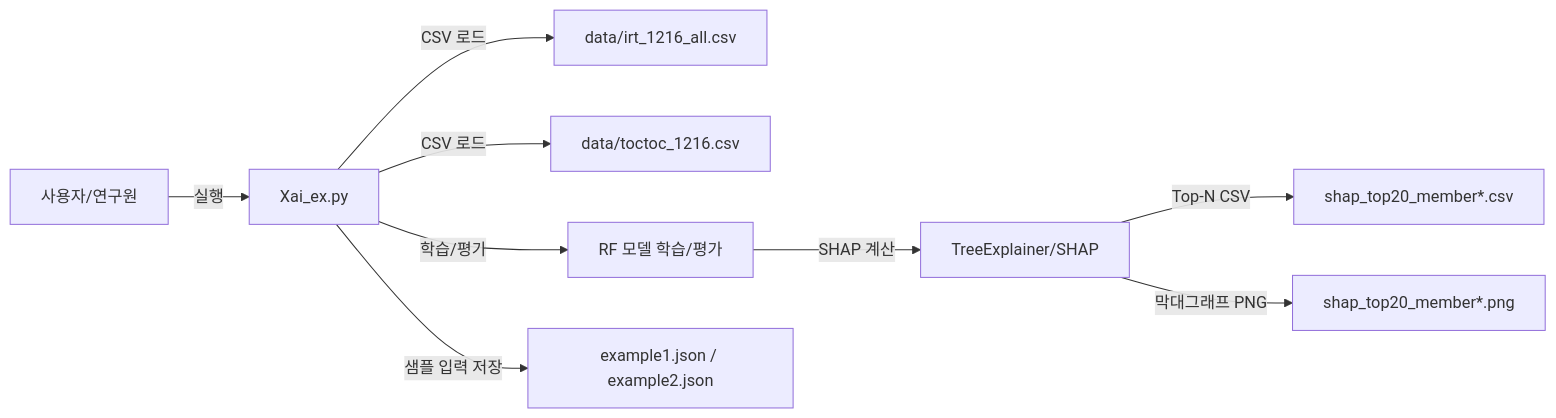
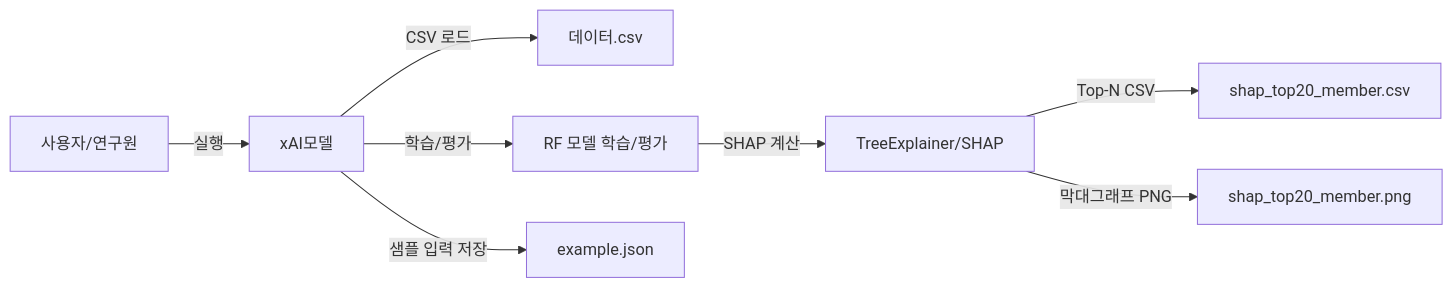
Before and after one commit to blueecho2014/docs: the first of 2 diagrams in 부록-B2_네트워크구성도_요약(mermaid).md, drawn with Mermaid.

````diff
--- a/부록-B2_네트워크구성도_요약(mermaid).md
+++ b/부록-B2_네트워크구성도_요약(mermaid).md
@@ -8,11 +8,10 @@
 ```mermaid
 flowchart LR
-  User[사용자/연구원] -->|실행| Script[Xai_ex.py]
-  Script -->|CSV 로드| Data1[data/irt_1216_all.csv]
-  Script -->|CSV 로드| Data2[data/toctoc_1216.csv]
+  User[사용자/연구원] -->|실행| Script[xAI모델]
+  Script -->|CSV 로드| Data[데이터.csv]
   Script -->|학습/평가| Model[RF 모델 학습/평가]
   Model -->|SHAP 계산| Shap[TreeExplainer/SHAP]
-  Shap -->|Top-N CSV| Out1[shap_top20_member*.csv]
-  Shap -->|막대그래프 PNG| Out2[shap_top20_member*.png]
-  Script -->|샘플 입력 저장| Out3[example1.json / example2.json]
+  Shap -->|Top-N CSV| Out1[shap_top20_member.csv]
+  Shap -->|막대그래프 PNG| Out2[shap_top20_member.png]
+  Script -->|샘플 입력 저장| Out3[example.json]
 ```
````
